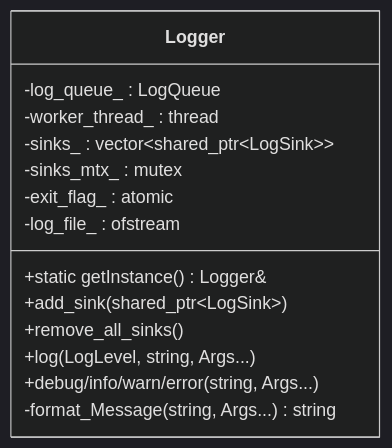
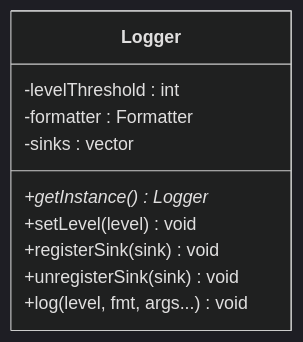
One commit to Lukad77/awr1843-radar-toolkit changed the third of 7 diagrams in .qoder/repowiki/zh/content/日志系统.md. Above: the diagram before and after it, drawn with Mermaid (dark theme). The commit also changed other lines of this file and 106 other files, not shown here.

````diff
--- a/.qoder/repowiki/zh/content/日志系统.md
+++ b/.qoder/repowiki/zh/content/日志系统.md
@@ -117,17 +121,13 @@
 ```mermaid
 classDiagram
 class Logger {
-+static getInstance() Logger&
-+add_sink(shared_ptr~LogSink~)
-+remove_all_sinks()
-+log(LogLevel, string, Args...)
-+debug/info/warn/error(string, Args...)
--format_Message(string, Args...) string
--log_queue_ : LogQueue
--worker_thread_ : thread
--sinks_ : vector~shared_ptr~LogSink~~
--sinks_mtx_ : mutex
--exit_flag_ : atomic<bool>
--log_file_ : ofstream
++getInstance() Logger*
++setLevel(level) void
++registerSink(sink) void
++unregisterSink(sink) void
++log(level, fmt, args...) void
+-levelThreshold : int
+-formatter : Formatter
+-sinks : vector<Sink*>
 }
 ```
````
